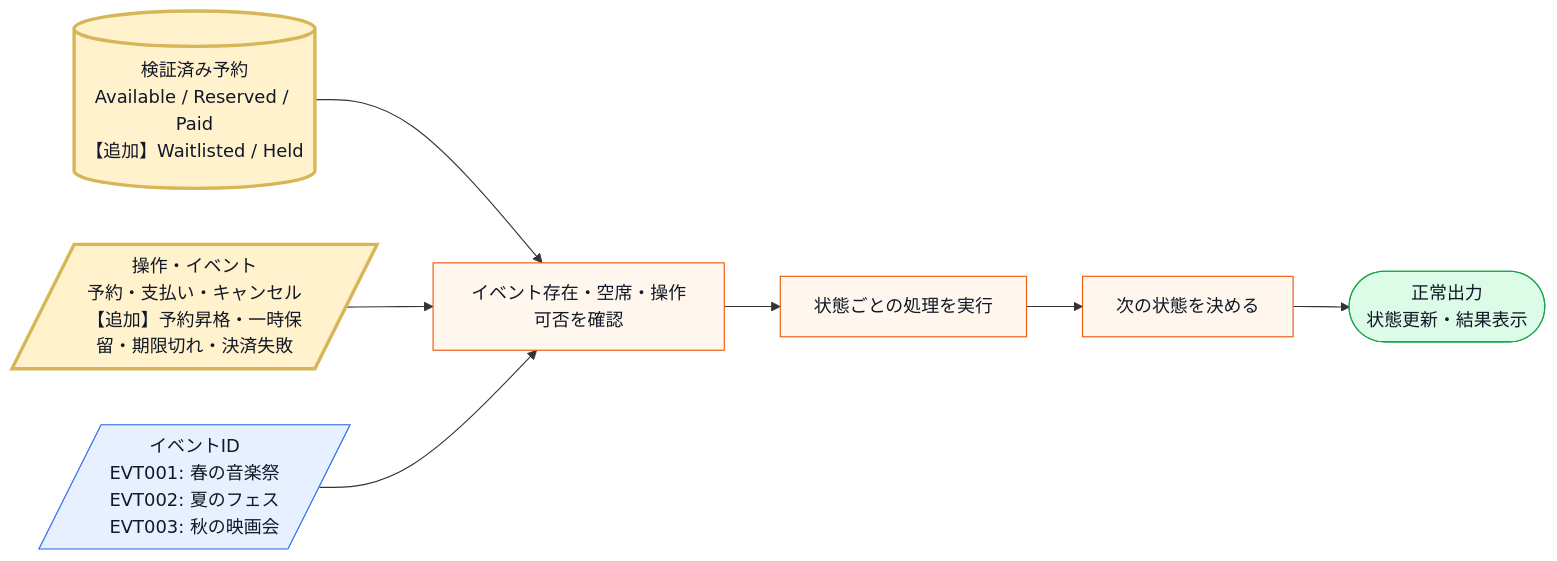
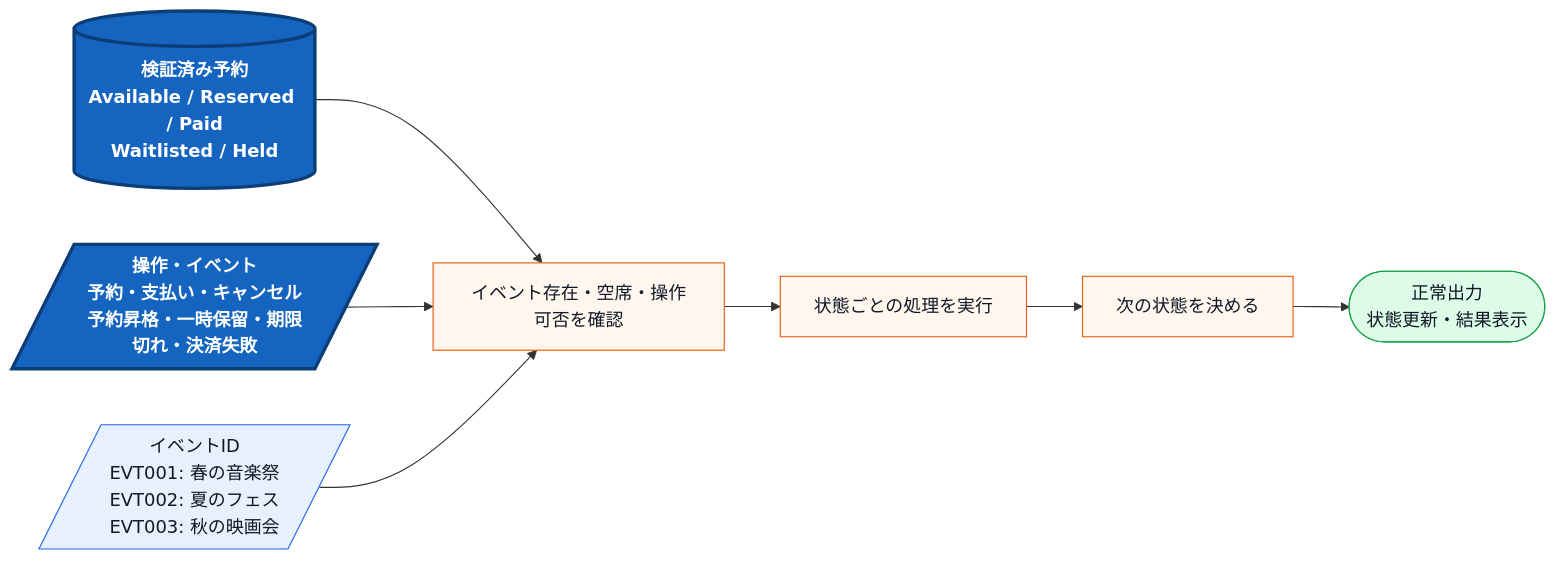
The eighth of 16 diagrams in kindle/design-patterns/output/chapter03.md (kumachan1101-pixel/DesignPattern), drawn with Mermaid before and after one commit. The commit also changed 19 other files, not shown here.

First line of the commit message:
図の変更箇所を色で示し、変更前後の対比の説明構造をそろえる

````diff
--- a/kindle/design-patterns/output/chapter03.md
+++ b/kindle/design-patterns/output/chapter03.md
@@ -846,17 +846,17 @@
 ```mermaid
 flowchart LR
-    A[(検証済み予約<br>Available / Reserved / Paid<br>【追加】Waitlisted / Held)]:::data --> B[イベント存在・空席・操作可否を確認]:::process
-    C[/操作・イベント<br>予約・支払い・キャンセル<br>【追加】予約昇格・一時保留・期限切れ・決済失敗/]:::input --> B
+    A[(検証済み予約<br>Available / Reserved / Paid<br>Waitlisted / Held)]:::data --> B[イベント存在・空席・操作可否を確認]:::process
+    C[/操作・イベント<br>予約・支払い・キャンセル<br>予約昇格・一時保留・期限切れ・決済失敗/]:::input --> B
     D[/イベントID<br>EVT001: 春の音楽祭<br>EVT002: 夏のフェス<br>EVT003: 秋の映画会/]:::input --> B
     B --> F[状態ごとの処理を実行]:::process
     F --> G[次の状態を決める]:::process
     G --> H([正常出力<br>状態更新・結果表示]):::normal
 
     classDef data fill:#ecfeff,stroke:#0891b2,color:#111827;
     classDef input fill:#e7f0ff,stroke:#2563eb,color:#111827;
     classDef process fill:#fff7ed,stroke:#ea580c,color:#111827;
     classDef decision fill:#fef9c3,stroke:#ca8a04,color:#111827;
     classDef normal fill:#dcfce7,stroke:#16a34a,color:#111827;
-    classDef changed fill:#fff2cc,stroke:#d6b656,stroke-width:3px,color:#111827;
+    classDef changed fill:#1565c0,stroke:#0b3d76,stroke-width:3px,color:#ffffff,font-weight:bold;
     class A,C changed;
 ```
````
